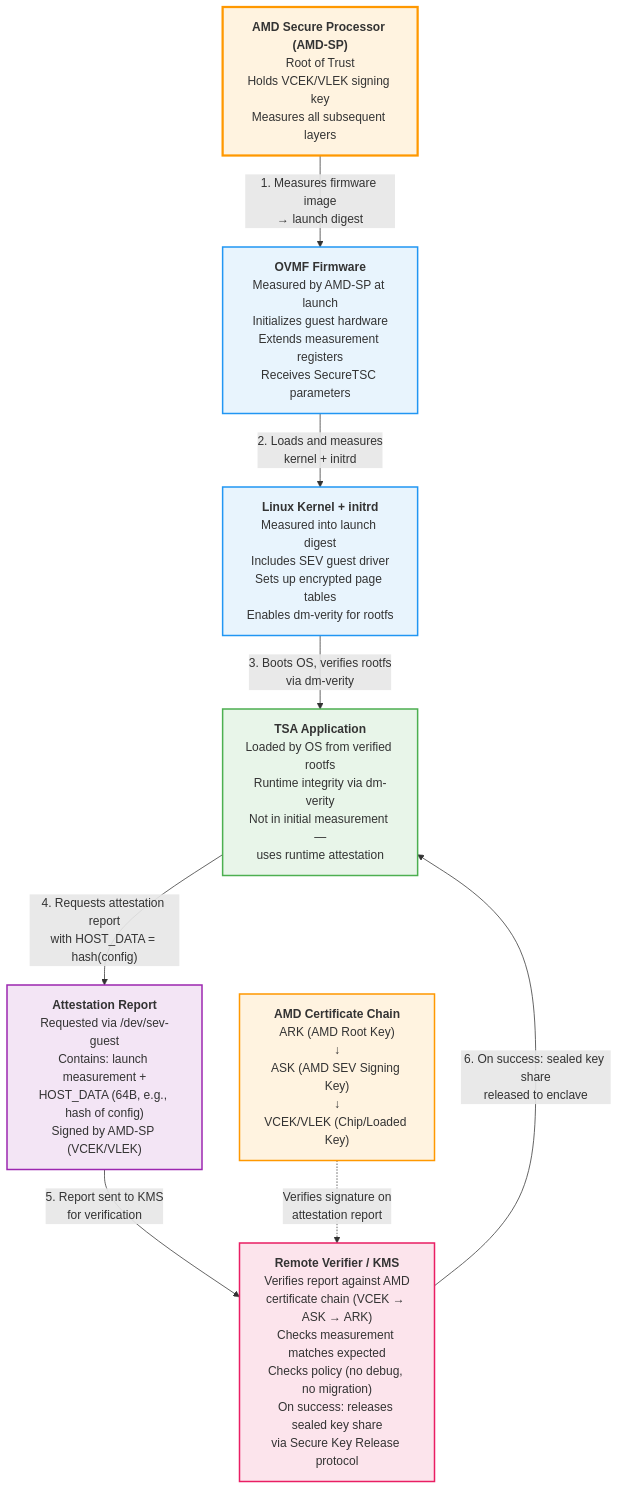
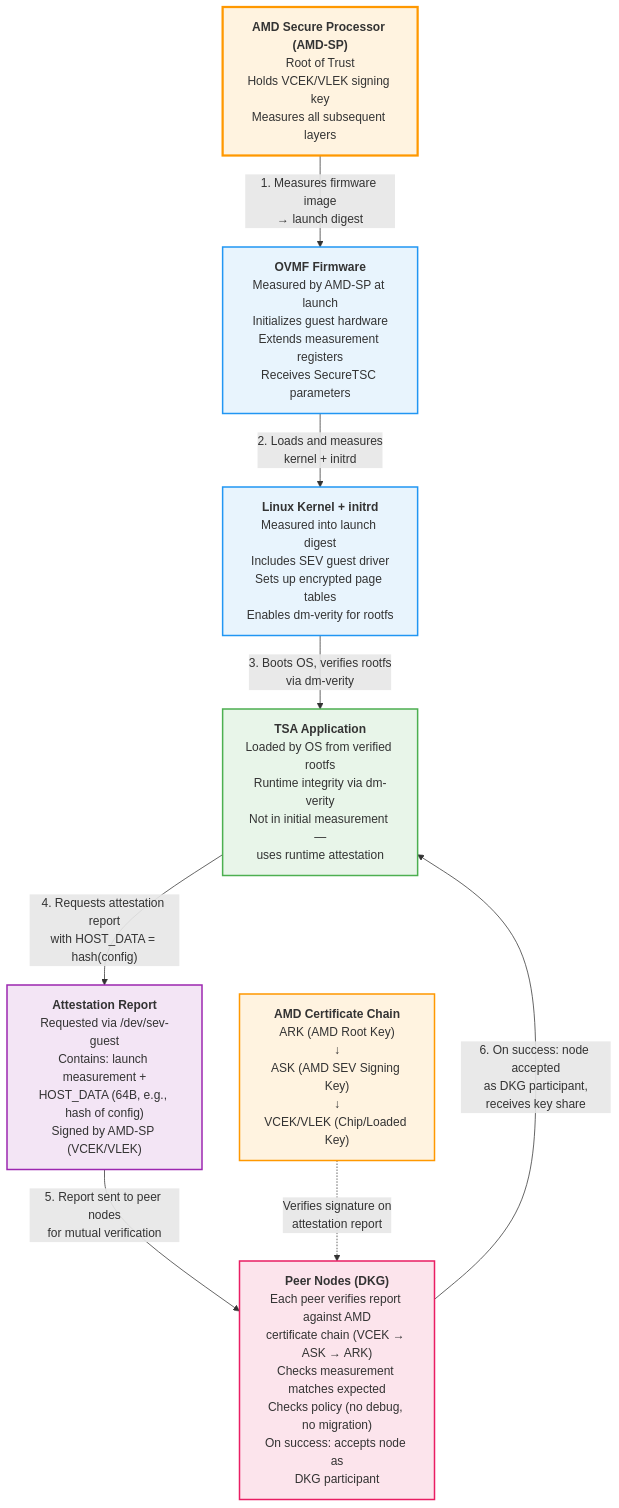
One commit to NickBorgers/confidential-computing-tsa changed the fourth of 4 diagrams in docs/02-confidential-computing-and-time.md. Above: the diagram before and after it, drawn with Mermaid. The commit also changed other lines of this file and 1 other file, not shown here.

First line of the commit message:
Adopt immutable software + ephemeral key model (Phase 2)

````diff
--- a/docs/02-confidential-computing-and-time.md
+++ b/docs/02-confidential-computing-and-time.md
@@ -428,33 +428,33 @@
 ```mermaid
 flowchart TB
     AMDSP["<b>AMD Secure Processor (AMD-SP)</b><br/>Root of Trust<br/>Holds VCEK/VLEK signing key<br/>Measures all subsequent layers"]
 
     OVMF["<b>OVMF Firmware</b><br/>Measured by AMD-SP at launch<br/>Initializes guest hardware<br/>Extends measurement registers<br/>Receives SecureTSC parameters"]
 
     KERNEL["<b>Linux Kernel + initrd</b><br/>Measured into launch digest<br/>Includes SEV guest driver<br/>Sets up encrypted page tables<br/>Enables dm-verity for rootfs"]
 
     TSA_APP["<b>TSA Application</b><br/>Loaded by OS from verified rootfs<br/>Runtime integrity via dm-verity<br/>Not in initial measurement —<br/>uses runtime attestation"]
 
     REPORT["<b>Attestation Report</b><br/>Requested via /dev/sev-guest<br/>Contains: launch measurement +<br/>HOST_DATA (64B, e.g., hash of config)<br/>Signed by AMD-SP (VCEK/VLEK)"]
 
-    KMS["<b>Remote Verifier / KMS</b><br/>Verifies report against AMD<br/>certificate chain (VCEK → ASK → ARK)<br/>Checks measurement matches expected<br/>Checks policy (no debug, no migration)<br/>On success: releases sealed key share<br/>via Secure Key Release protocol"]
+    DKG_PEERS["<b>Peer Nodes (DKG)</b><br/>Each peer verifies report against AMD<br/>certificate chain (VCEK → ASK → ARK)<br/>Checks measurement matches expected<br/>Checks policy (no debug, no migration)<br/>On success: accepts node as<br/>DKG participant"]
 
     AMDSP -->|"1. Measures firmware image<br/>→ launch digest"| OVMF
     OVMF -->|"2. Loads and measures<br/>kernel + initrd"| KERNEL
     KERNEL -->|"3. Boots OS, verifies rootfs<br/>via dm-verity"| TSA_APP
     TSA_APP -->|"4. Requests attestation report<br/>with HOST_DATA = hash(config)"| REPORT
-    REPORT -->|"5. Report sent to KMS<br/>for verification"| KMS
-    KMS -->|"6. On success: sealed key share<br/>released to enclave"| TSA_APP
+    REPORT -->|"5. Report sent to peer nodes<br/>for mutual verification"| DKG_PEERS
+    DKG_PEERS -->|"6. On success: node accepted<br/>as DKG participant,<br/>receives key share"| TSA_APP
 
     AMD_CHAIN["<b>AMD Certificate Chain</b><br/>ARK (AMD Root Key)<br/>&darr;<br/>ASK (AMD SEV Signing Key)<br/>&darr;<br/>VCEK/VLEK (Chip/Loaded Key)"]
 
-    AMD_CHAIN -.->|"Verifies signature on<br/>attestation report"| KMS
+    AMD_CHAIN -.->|"Verifies signature on<br/>attestation report"| DKG_PEERS
 
     style AMDSP fill:#fff3e0,stroke:#FF9800,stroke-width:3px
     style OVMF fill:#e8f4fd,stroke:#2196F3,stroke-width:2px
     style KERNEL fill:#e8f4fd,stroke:#2196F3,stroke-width:2px
     style TSA_APP fill:#e8f5e9,stroke:#4CAF50,stroke-width:2px
     style REPORT fill:#f3e5f5,stroke:#9C27B0,stroke-width:2px
-    style KMS fill:#fce4ec,stroke:#E91E63,stroke-width:2px
+    style DKG_PEERS fill:#fce4ec,stroke:#E91E63,stroke-width:2px
     style AMD_CHAIN fill:#fff3e0,stroke:#FF9800,stroke-width:2px
 ```
````
